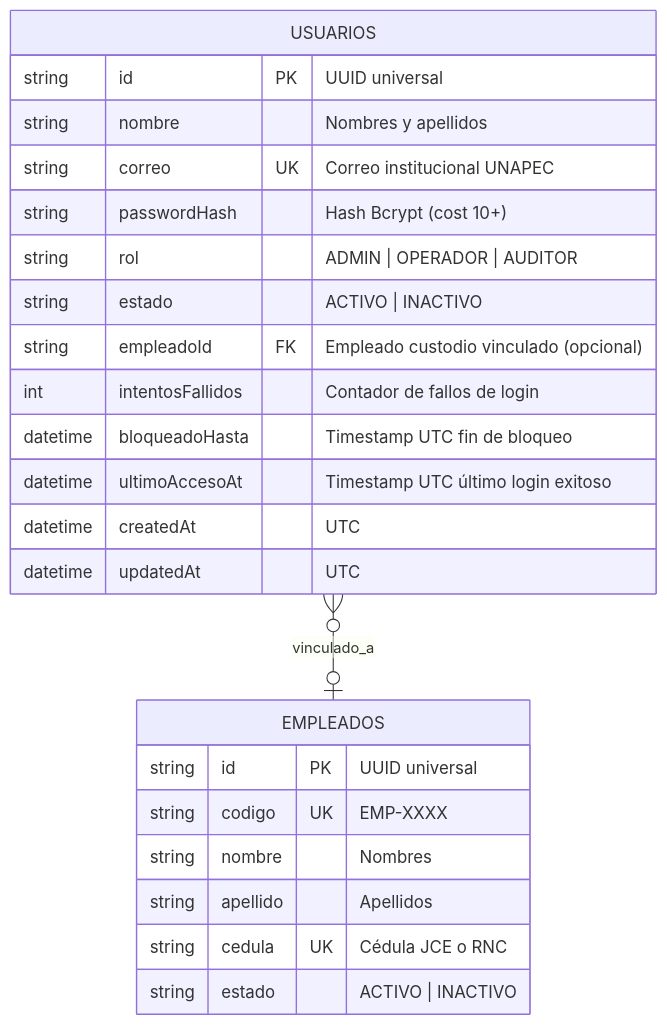
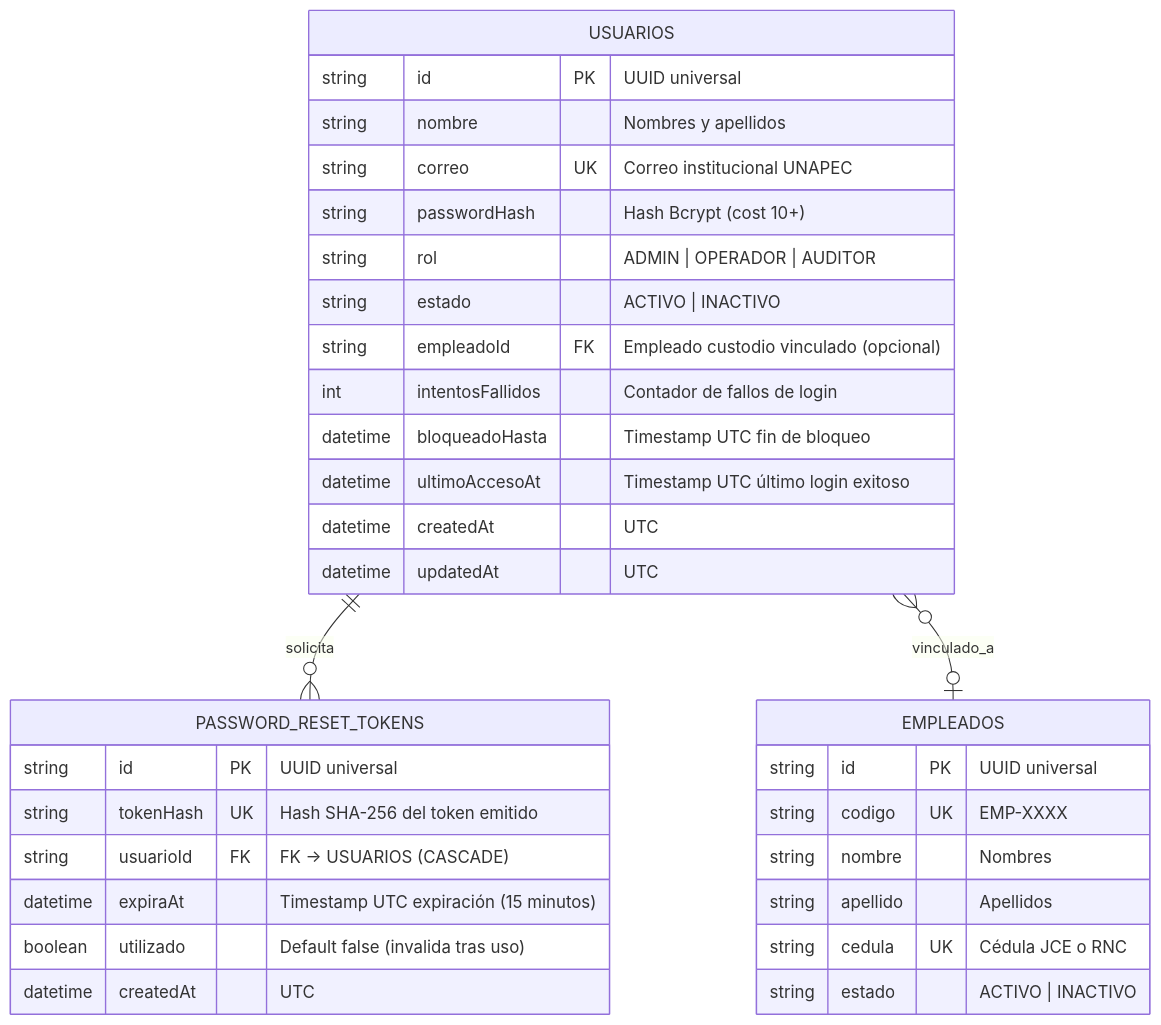
The second of 2 diagrams in specs/activos-fijos/00-autenticacion-rbac/requirements.md (JeremyJS20/activa_core), drawn with Mermaid before and after one commit. The commit also changed other lines of this file, not shown here.

Commit message:
docs(auth): add password recovery, reset, and account unlock requirements

````diff
--- a/specs/activos-fijos/00-autenticacion-rbac/requirements.md
+++ b/specs/activos-fijos/00-autenticacion-rbac/requirements.md
@@ -175,28 +253,38 @@
 ```mermaid
 erDiagram
+    USUARIOS ||--o{ PASSWORD_RESET_TOKENS : "solicita"
     USUARIOS }o--o| EMPLEADOS : "vinculado_a"
 
     USUARIOS {
         string id PK "UUID universal"
         string nombre "Nombres y apellidos"
         string correo UK "Correo institucional UNAPEC"
         string passwordHash "Hash Bcrypt (cost 10+)"
         string rol "ADMIN | OPERADOR | AUDITOR"
         string estado "ACTIVO | INACTIVO"
         string empleadoId FK "Empleado custodio vinculado (opcional)"
         int intentosFallidos "Contador de fallos de login"
         datetime bloqueadoHasta "Timestamp UTC fin de bloqueo"
         datetime ultimoAccesoAt "Timestamp UTC último login exitoso"
         datetime createdAt "UTC"
         datetime updatedAt "UTC"
     }
 
+    PASSWORD_RESET_TOKENS {
+        string id PK "UUID universal"
+        string tokenHash UK "Hash SHA-256 del token emitido"
+        string usuarioId FK "FK -> USUARIOS (CASCADE)"
+        datetime expiraAt "Timestamp UTC expiración (15 minutos)"
+        boolean utilizado "Default false (invalida tras uso)"
+        datetime createdAt "UTC"
+    }
+
     EMPLEADOS {
         string id PK "UUID universal"
         string codigo UK "EMP-XXXX"
         string nombre "Nombres"
         string apellido "Apellidos"
         string cedula UK "Cédula JCE o RNC"
         string estado "ACTIVO | INACTIVO"
     }
 ```
````
